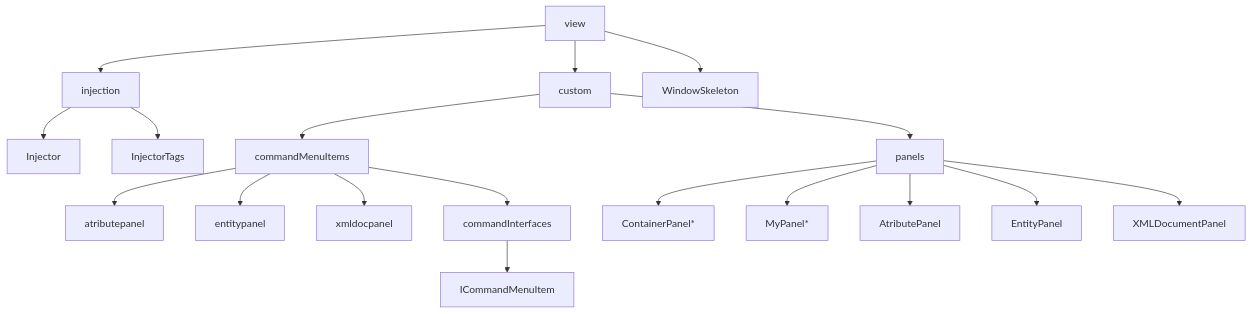
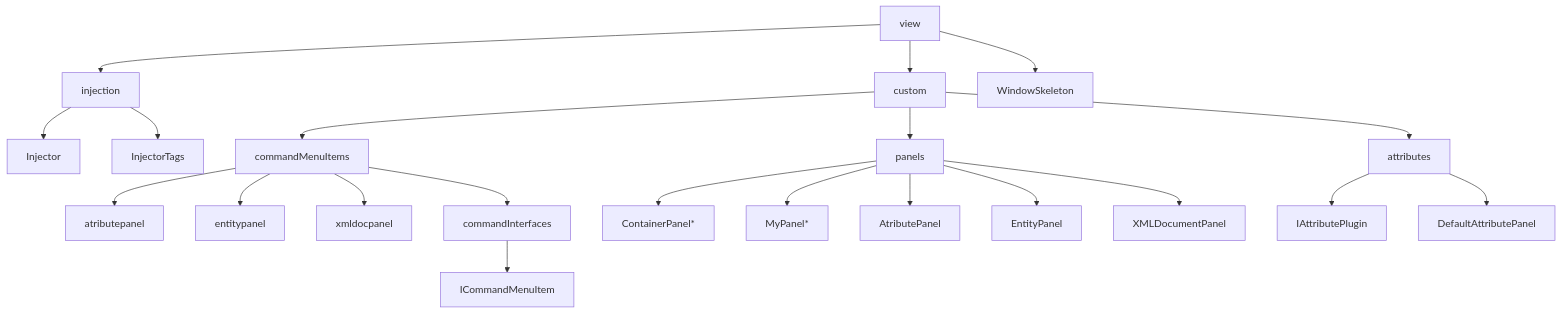
The third of 8 diagrams in README.md (JoaoAlmeida-dev/XML-Generator-API-AdvancedProgramming), drawn with Mermaid before and after one commit. The commit also changed other lines of this file and 8 other files, not shown here.

Commit message:
final readme attribute plugin writing

````diff
--- a/README.md
+++ b/README.md
@@ -92,24 +92,28 @@
 ```mermaid
 graph TD;
    view --> custom
    view --> injection
    view --> WindowSkeleton
    
    injection --> Injector
    injection --> InjectorTags
    
    
    custom --> commandMenuItems
    commandMenuItems --> atributepanel
    commandMenuItems --> entitypanel
    commandMenuItems --> xmldocpanel
    commandMenuItems --> commandInterfaces  --> ICommandMenuItem
    
    custom --> panels
    panels --> ContainerPanel*
    panels --> MyPanel*
    panels --> AtributePanel
    panels --> EntityPanel
    panels --> XMLDocumentPanel
    
+   custom --> attributes
+   attributes --> IAttributePlugin
+   attributes --> DefaultAttributePanel
+   
 ```
````
